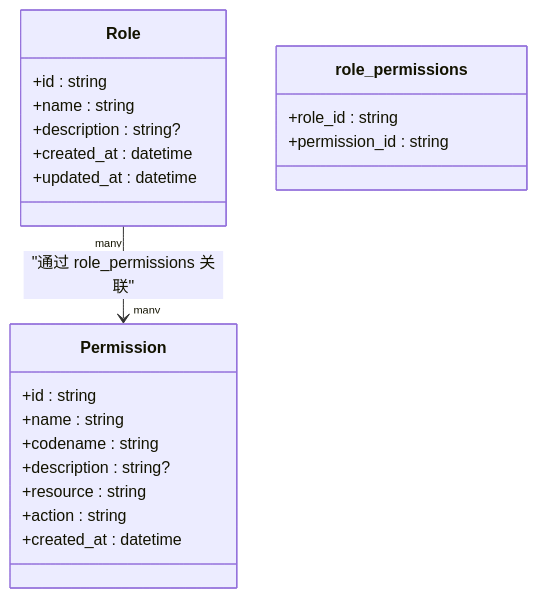
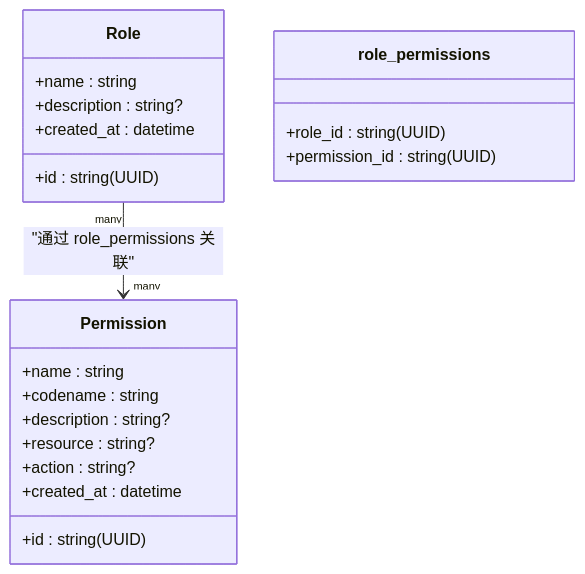
One commit to taoweidong/Hello-FastApi changed the fourth of 11 diagrams in .qoder/repowiki/zh/content/数据模型设计/数据模型设计.md. Above: the diagram before and after it, drawn with Mermaid. The commit also changed other lines of this file and 11 other files, not shown here.

````diff
--- a/.qoder/repowiki/zh/content/数据模型设计/数据模型设计.md
+++ b/.qoder/repowiki/zh/content/数据模型设计/数据模型设计.md
@@ -211,24 +198,23 @@
 ```mermaid
 classDiagram
 class Role {
-+id : string
++id : string(UUID)
 +name : string
 +description : string?
 +created_at : datetime
-+updated_at : datetime
 }
 class Permission {
-+id : string
++id : string(UUID)
 +name : string
 +codename : string
 +description : string?
-+resource : string
-+action : string
++resource : string?
++action : string?
 +created_at : datetime
 }
 class role_permissions {
-+role_id : string
-+permission_id : string
++role_id : string(UUID)
++permission_id : string(UUID)
 }
 Role "many" --> "many" Permission : "通过 role_permissions 关联"
 ```
````
